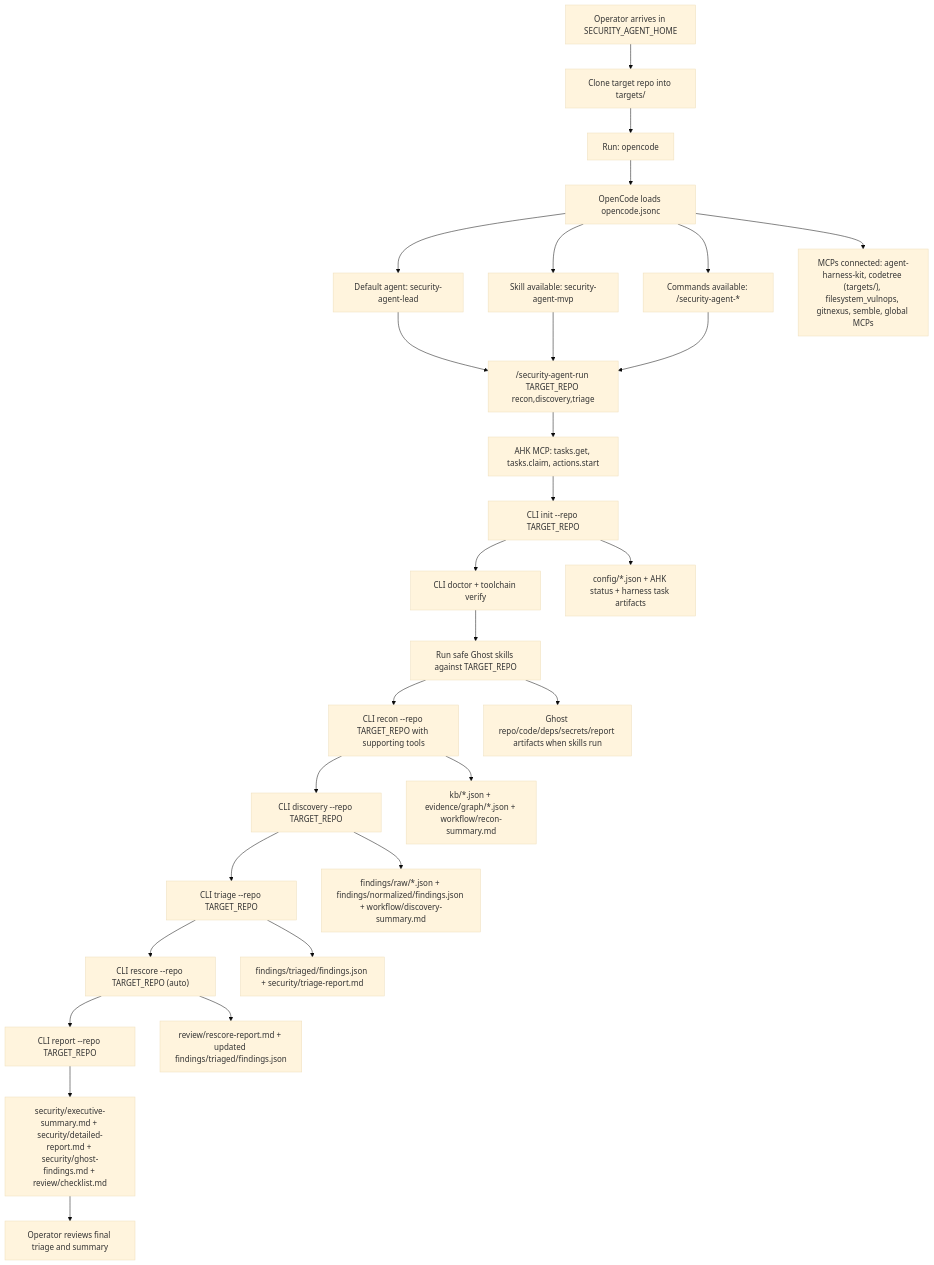
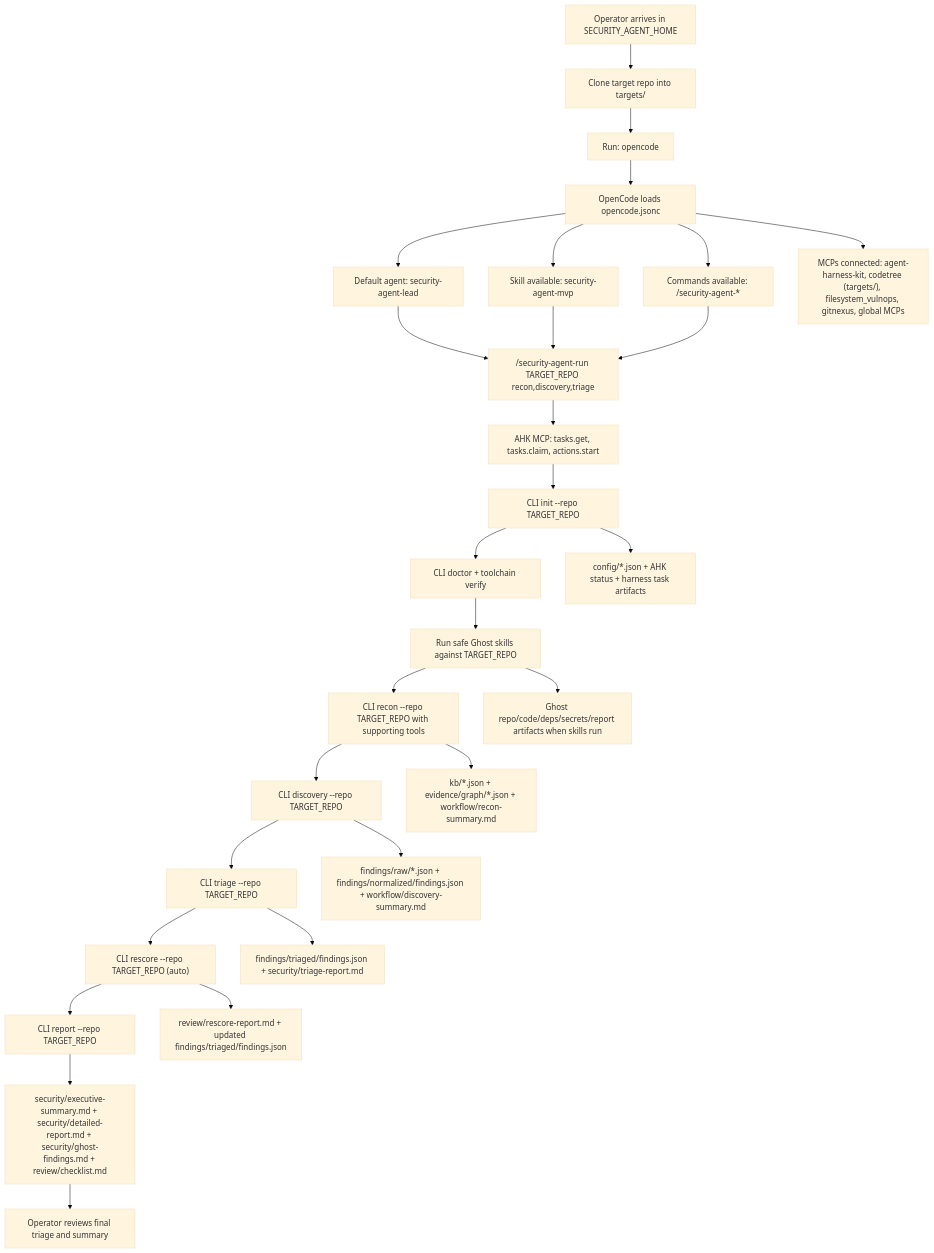
Before and after one commit to xfhg/security-agent: the first of 8 diagrams in docs/security-agent-flow.md, drawn with Mermaid (base theme). The commit also changed other lines of this file and 9 other files, not shown here.

````diff
--- a/docs/security-agent-flow.md
+++ b/docs/security-agent-flow.md
@@ -14,35 +14,35 @@
 ```mermaid
 flowchart TD
   Operator["Operator arrives in SECURITY_AGENT_HOME"] --> Clone["Clone target repo into targets/<reponame>"]
   Clone --> StartOC["Run: opencode"]
 
   StartOC --> OCConfig["OpenCode loads opencode.jsonc"]
   OCConfig --> AgentLead["Default agent: security-agent-lead"]
   OCConfig --> SkillMVP["Skill available: security-agent-mvp"]
   OCConfig --> Commands["Commands available: /security-agent-*"]
-  OCConfig -->   MCPs["MCPs connected: agent-harness-kit, codetree (targets/), filesystem_vulnops, gitnexus, semble, global MCPs"]
+  OCConfig -->   MCPs["MCPs connected: agent-harness-kit, codetree (targets/), filesystem_vulnops, gitnexus, global MCPs"]
 
   AgentLead --> RunCmd["/security-agent-run TARGET_REPO recon,discovery,triage"]
   SkillMVP --> RunCmd
   Commands --> RunCmd
 
   RunCmd --> AHKClaim["AHK MCP: tasks.get, tasks.claim, actions.start"]
   AHKClaim --> Init["CLI init --repo TARGET_REPO"]
   Init --> Doctor["CLI doctor + toolchain verify"]
   Doctor --> GhostRun["Run safe Ghost skills against TARGET_REPO"]
   GhostRun --> Recon["CLI recon --repo TARGET_REPO with supporting tools"]
   Recon --> Discovery["CLI discovery --repo TARGET_REPO"]
   Discovery --> Triage["CLI triage --repo TARGET_REPO"]
   Triage --> Rescore["CLI rescore --repo TARGET_REPO (auto)"]
   Rescore --> Report["CLI report --repo TARGET_REPO"]
 
   Init --> InitArtifacts["config/*.json + AHK status + harness task artifacts"]
   GhostRun --> GhostArtifacts["Ghost repo/code/deps/secrets/report artifacts when skills run"]
   Recon --> ReconArtifacts["kb/*.json + evidence/graph/*.json + workflow/recon-summary.md"]
   Discovery --> DiscoveryArtifacts["findings/raw/*.json + findings/normalized/findings.json + workflow/discovery-summary.md"]
   Triage --> TriageArtifacts["findings/triaged/findings.json + security/triage-report.md"]
   Rescore --> RescoreArtifacts["review/rescore-report.md + updated findings/triaged/findings.json"]
   Report --> ReportArtifacts["security/executive-summary.md + security/detailed-report.md + security/ghost-findings.md + review/checklist.md"]
 
   ReportArtifacts --> OperatorReview["Operator reviews final triage and summary"]
 ```
````
